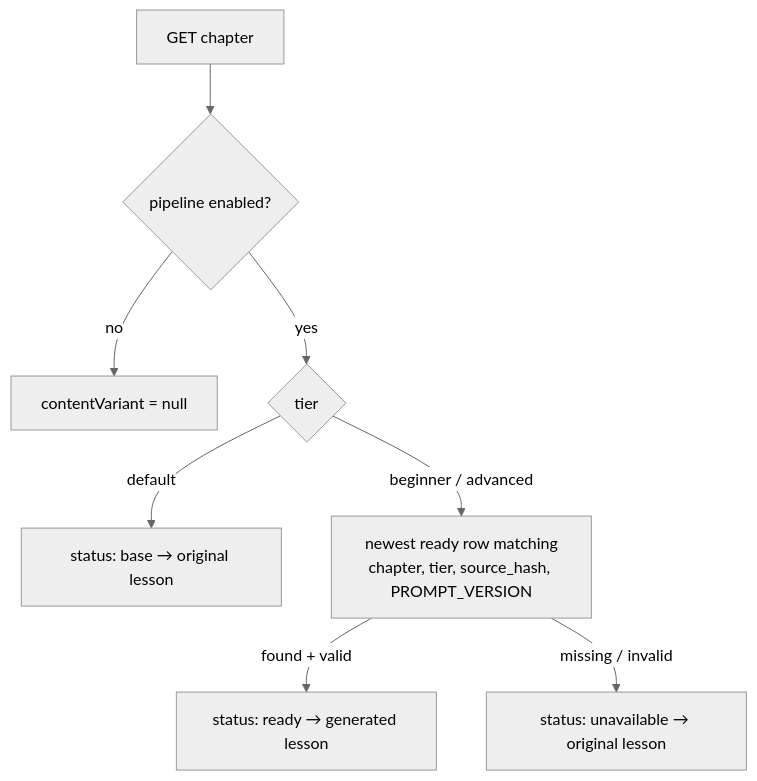
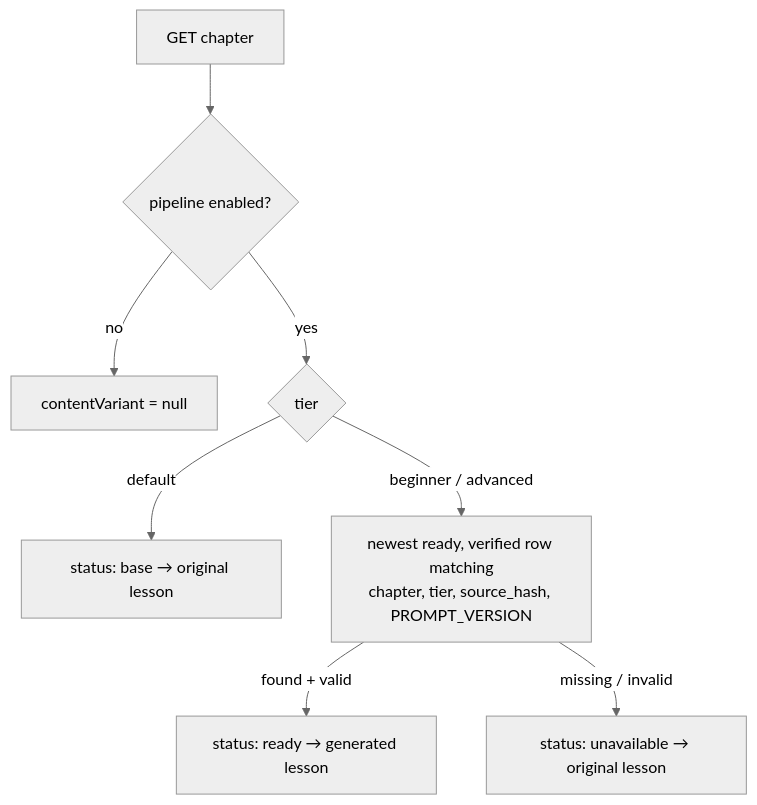
Before and after one commit to xdh4uv/vcFastApi: the second of 2 diagrams in docs/07-adaptive-learning.md, drawn with Mermaid (neutral theme). The commit also changed other lines of this file and 23 other files, not shown here.

````diff
--- a/docs/07-adaptive-learning.md
+++ b/docs/07-adaptive-learning.md
@@ -86,10 +86,10 @@
 ```mermaid
 flowchart TD
     R[GET chapter] --> P{pipeline enabled?}
     P -->|no| N[contentVariant = null]
     P -->|yes| T{tier}
     T -->|default| B[status: base → original lesson]
-    T -->|beginner / advanced| L["newest ready row matching<br/>chapter, tier, source_hash, PROMPT_VERSION"]
+    T -->|beginner / advanced| L["newest ready, verified row matching<br/>chapter, tier, source_hash, PROMPT_VERSION"]
     L -->|found + valid| OK[status: ready → generated lesson]
     L -->|missing / invalid| U[status: unavailable → original lesson]
 ```
````
